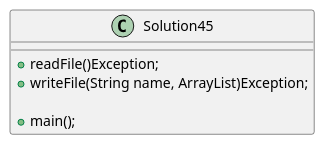
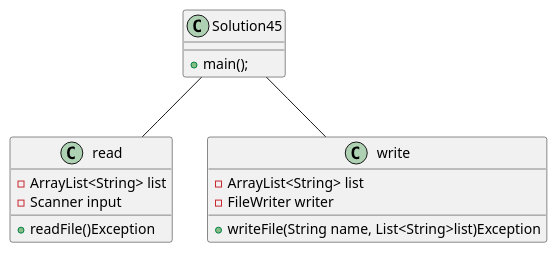
The diagram in exercise45/docs/Solution45UML.puml (Fed-Abreu/AbreuSeymour-a04), drawn with PlantUML before and after one commit. The commit also changed 15 other files, not shown here.

```diff
--- a/exercise45/docs/Solution45UML.puml
+++ b/exercise45/docs/Solution45UML.puml
@@ -1,12 +1,21 @@
 @startuml
 'https://plantuml.com/class-diagram
 
 class Solution45{
-
-+readFile()Exception;
-+writeFile(String name, ArrayList)Exception;
-
 +main();
 }
+class read{
+-ArrayList<String> list
+-Scanner input
++readFile()Exception
+}
+class write{
+-ArrayList<String> list
+-FileWriter writer
++writeFile(String name, List<String>list)Exception
 
+}
+
+Solution45-- read
+Solution45--write
 @enduml
```
